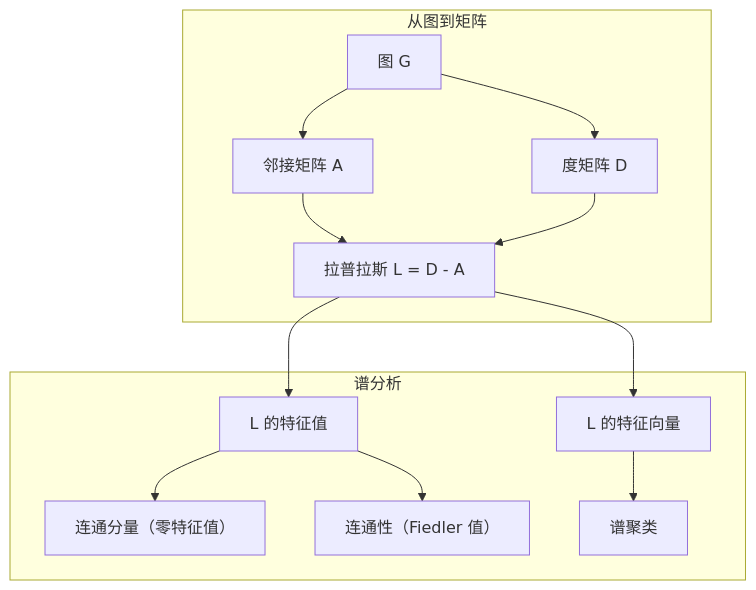
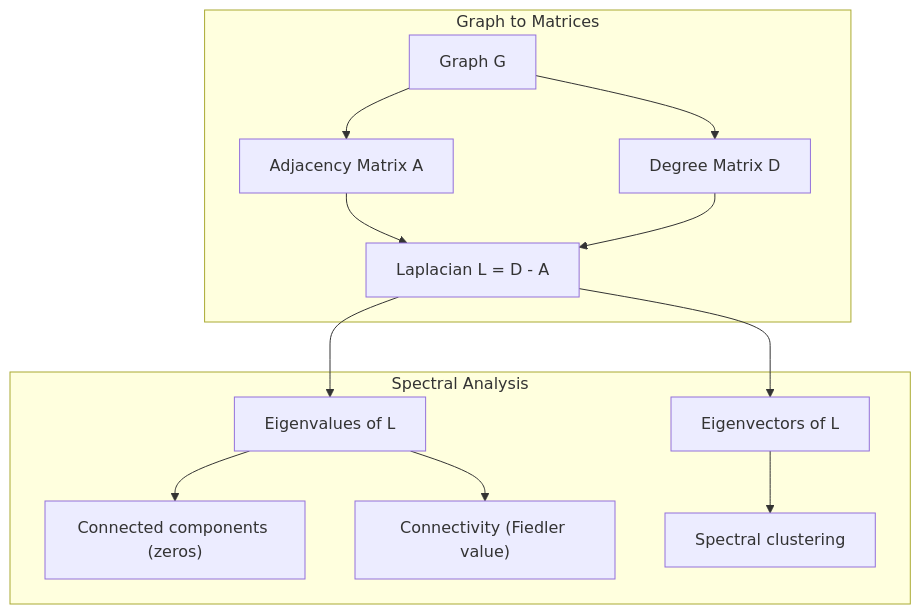
One commit to omigaZen/ai-engineering-from-scratch changed the first of 2 diagrams in phases/01-math-foundations/21-graph-theory/docs/zh.md. Above: the diagram before and after it, drawn with Mermaid. The commit also changed other lines of this file and 9 other files, not shown here.

````diff
--- a/phases/01-math-foundations/21-graph-theory/docs/zh.md
+++ b/phases/01-math-foundations/21-graph-theory/docs/zh.md
@@ -123,16 +161,16 @@
 ```mermaid
 graph TD
-    subgraph "从图到矩阵"
-        G["图 G"] --> A["邻接矩阵 A"]
-        G --> D["度矩阵 D"]
-        A --> L["拉普拉斯 L = D - A"]
+    subgraph "Graph to Matrices"
+        G["Graph G"] --> A["Adjacency Matrix A"]
+        G --> D["Degree Matrix D"]
+        A --> L["Laplacian L = D - A"]
         D --> L
     end
-    subgraph "谱分析"
-        L --> E["L 的特征值"]
-        L --> V["L 的特征向量"]
-        E --> C["连通分量（零特征值）"]
-        E --> F["连通性（Fiedler 值）"]
-        V --> S["谱聚类"]
+    subgraph "Spectral Analysis"
+        L --> E["Eigenvalues of L"]
+        L --> V["Eigenvectors of L"]
+        E --> C["Connected components (zeros)"]
+        E --> F["Connectivity (Fiedler value)"]
+        V --> S["Spectral clustering"]
     end
 ```
````
